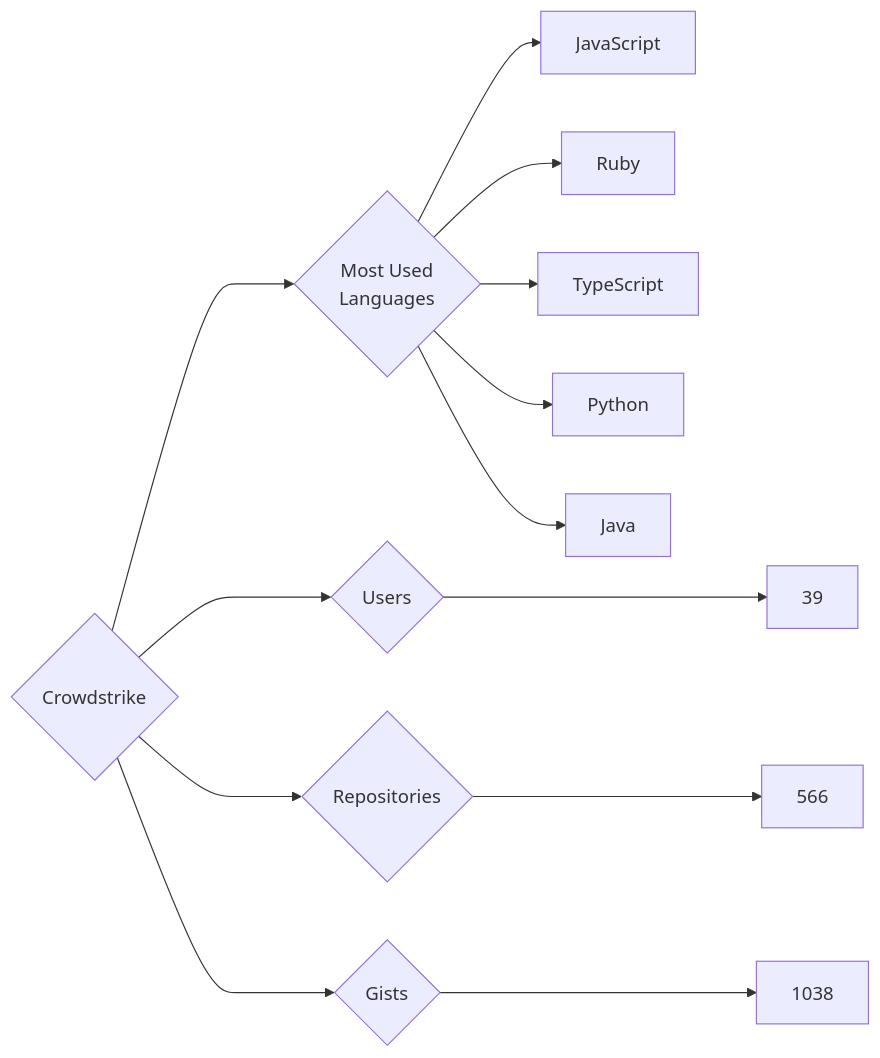
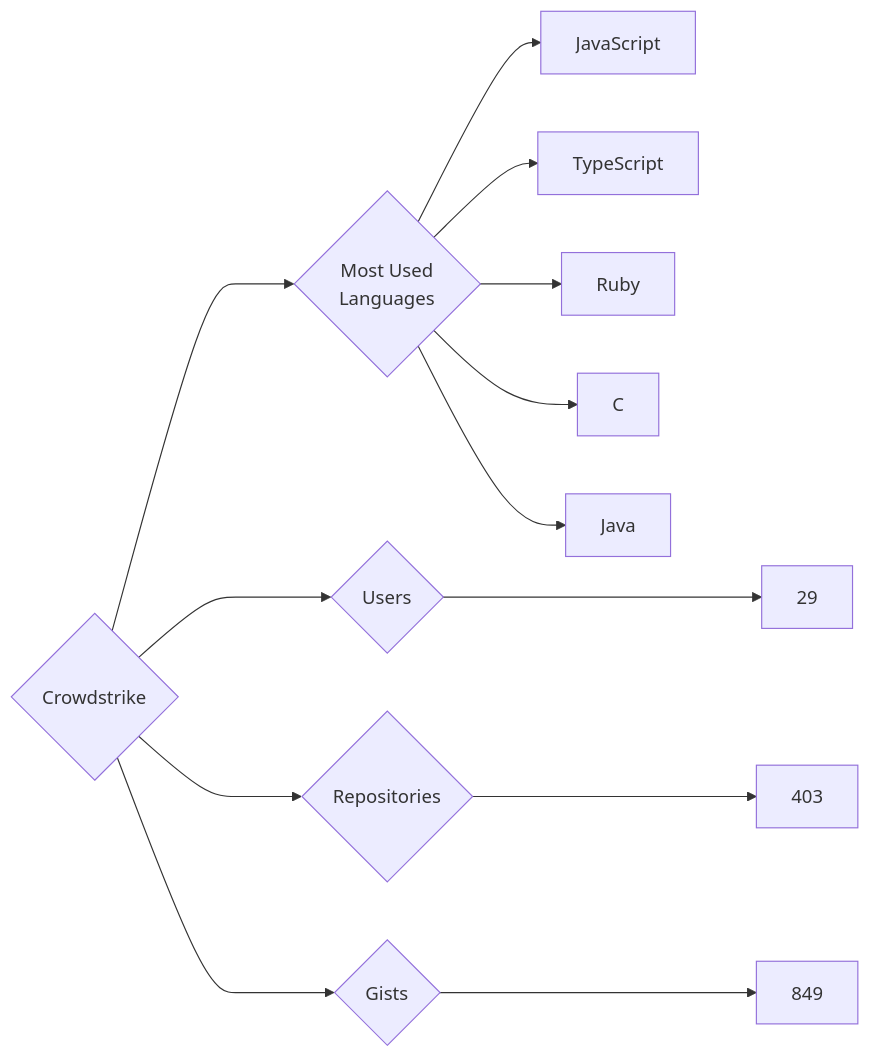
One commit to trickest/insiders changed the diagram in targets/Crowdstrike/README.md. Above: the diagram before and after it, drawn with Mermaid. The commit also changed 944 other files, not shown here.

````diff
--- a/targets/Crowdstrike/README.md
+++ b/targets/Crowdstrike/README.md
@@ -3,13 +3,13 @@
 ```mermaid
 graph LR
 COMPANY_NAME{Crowdstrike}
-COMPANY_NAME ---> U{Users} ---> UN[39]
-COMPANY_NAME ---> R{Repositories} ---> RN[566]
-COMPANY_NAME ---> G{Gists} ---> GN[1038]
+COMPANY_NAME ---> U{Users} ---> UN[29]
+COMPANY_NAME ---> R{Repositories} ---> RN[403]
+COMPANY_NAME ---> G{Gists} ---> GN[849]
 COMPANY_NAME ---> ML{Most Used<br>Languages}
 ML --> JavaScript[JavaScript]
+ML --> TypeScript[TypeScript]
 ML --> Ruby[Ruby]
-ML --> TypeScript[TypeScript]
-ML --> Python[Python]
+ML --> C[C]
 ML --> Java[Java]
 ```
````
